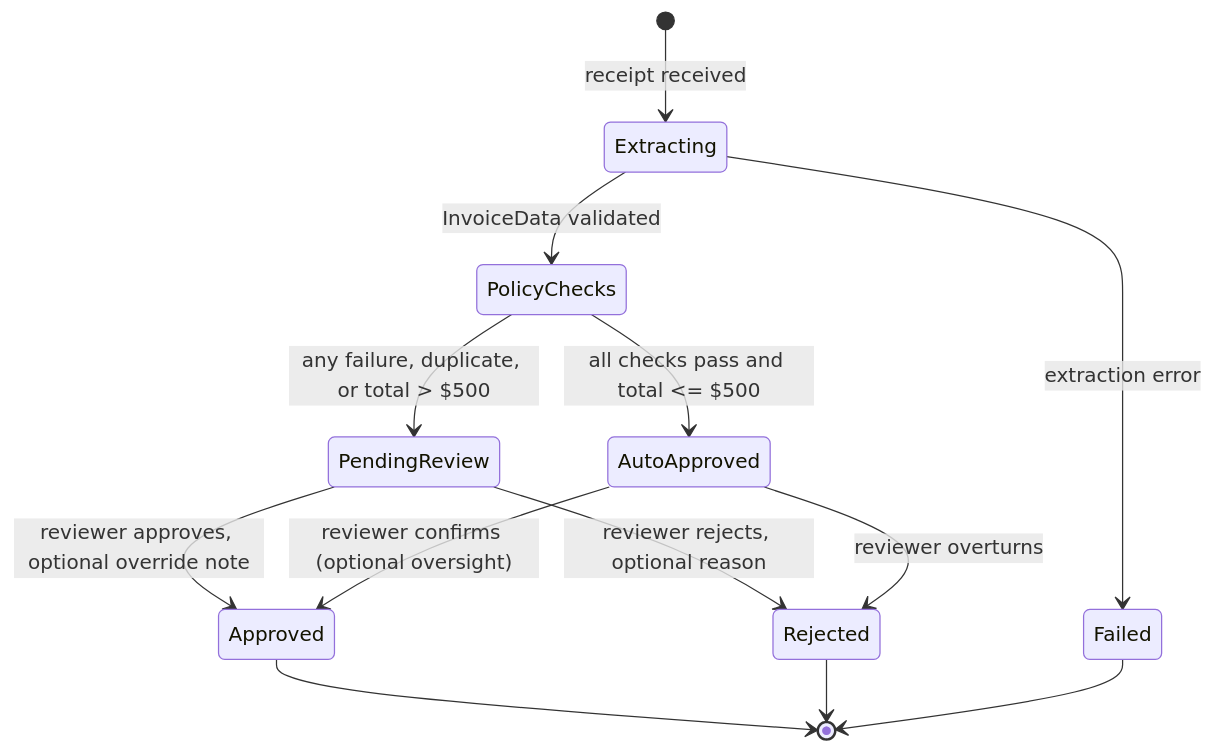
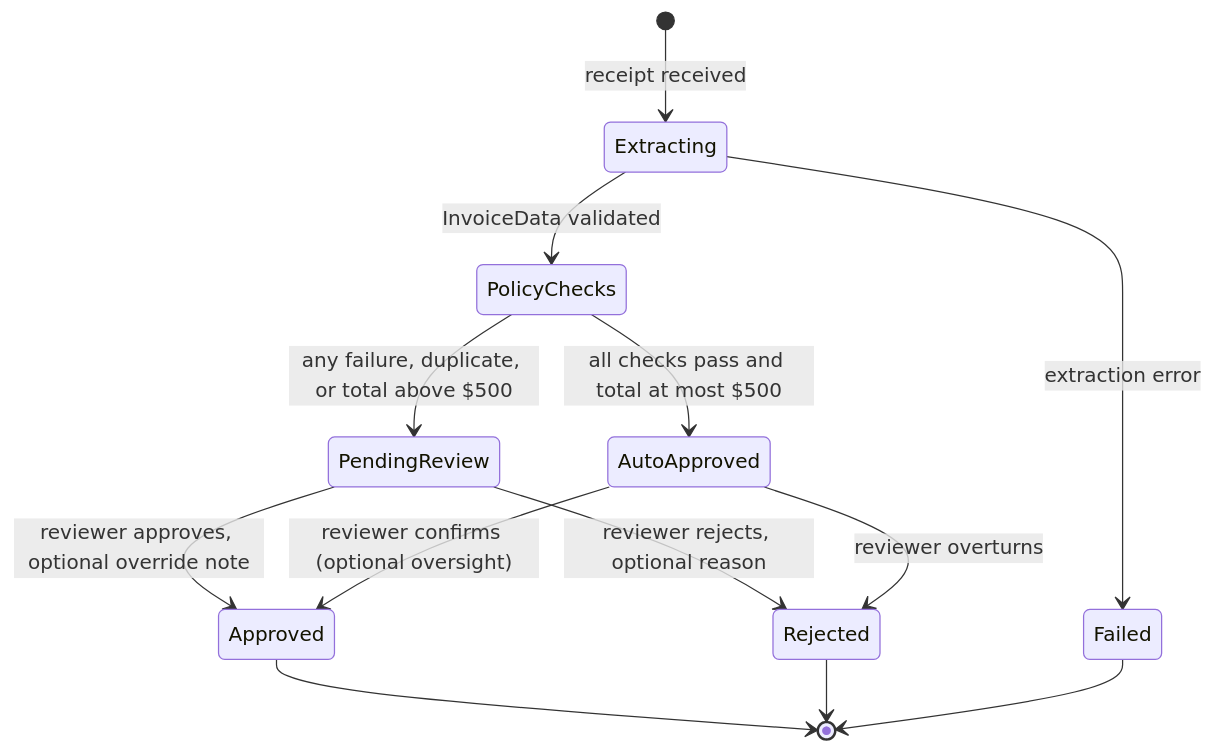
The second of 2 diagrams in README.md (dkhedekar79/AuditFlow---agentic-ai-stuff), drawn with Mermaid before and after one commit. The commit also changed other lines of this file, not shown here.

Commit message:
docs: add API, configuration, testing and roadmap reference

````diff
--- a/README.md
+++ b/README.md
@@ -143,19 +143,19 @@
 ```mermaid
 stateDiagram-v2
     [*] --> Extracting: receipt received
     Extracting --> PolicyChecks: InvoiceData validated
     Extracting --> Failed: extraction error
 
-    PolicyChecks --> AutoApproved: all checks pass and total <= $500
-    PolicyChecks --> PendingReview: any failure, duplicate, or total > $500
+    PolicyChecks --> AutoApproved: all checks pass and total at most $500
+    PolicyChecks --> PendingReview: any failure, duplicate, or total above $500
 
     PendingReview --> Approved: reviewer approves, optional override note
     PendingReview --> Rejected: reviewer rejects, optional reason
 
     AutoApproved --> Approved: reviewer confirms (optional oversight)
     AutoApproved --> Rejected: reviewer overturns
 
     Approved --> [*]
     Rejected --> [*]
     Failed --> [*]
 ```
````
